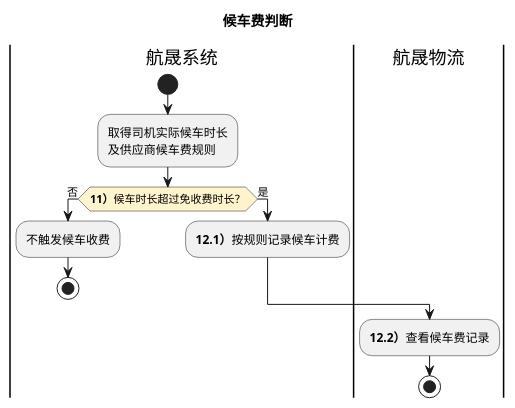
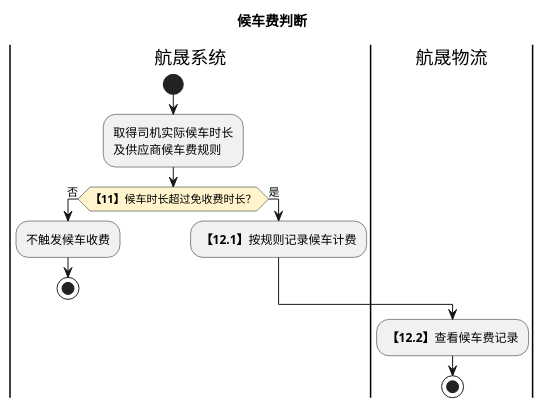
One commit to jack888332/projects-doc changed the third of 8 diagrams in product-caliber/goldjet/segmented-prd/PRD.高捷物流系统一期.第016篇.用车-运单管理.20AA542560.md. Above: the diagram before and after it, drawn with PlantUML. The commit also changed other lines of this file and 12 other files, not shown here.

Commit message:
完善DSL图

````diff
--- a/product-caliber/goldjet/segmented-prd/PRD.高捷物流系统一期.第016篇.用车-运单管理.20AA542560.md
+++ b/product-caliber/goldjet/segmented-prd/PRD.高捷物流系统一期.第016篇.用车-运单管理.20AA542560.md
@@ -98,18 +125,18 @@
 ```plantuml
 @startuml goldjet-016-waiting-fee-branches
 skinparam activityDiamondBackgroundColor #FFF4CC
 title 候车费判断
 |航晟系统|
 start
 :取得司机实际候车时长\n及供应商候车费规则;
-if (**11）**候车时长超过免收费时长？) then (否)
+if (**【11】**候车时长超过免收费时长？) then (否)
   :不触发候车收费;
   stop
 else (是)
-  :**12.1）**按规则记录候车计费;
+  :**【12.1】**按规则记录候车计费;
 endif
 |航晟物流|
-:**12.2）**查看候车费记录;
+:**【12.2】**查看候车费记录;
 stop
 @enduml
 ```
````
